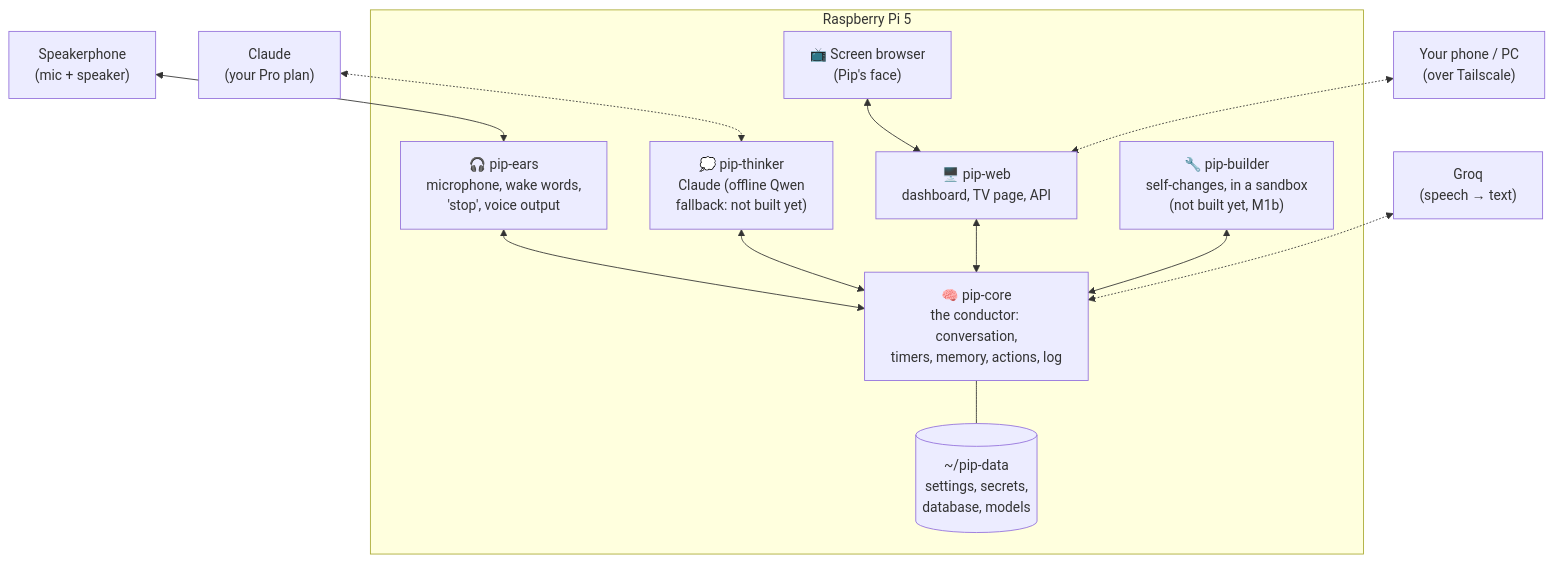
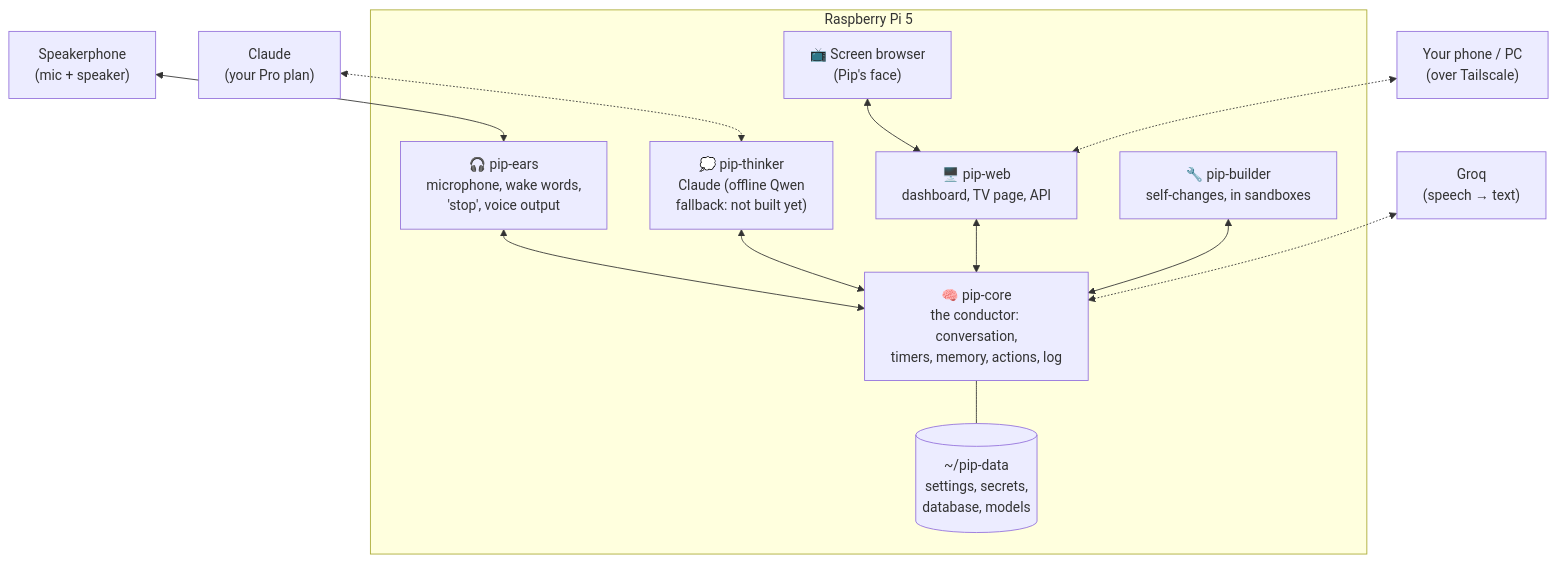
The first of 5 diagrams in docs/ARCHITECTURE.md (LandenHeine17/pip), drawn with Mermaid before and after one commit. The commit also changed other lines of this file and 43 other files, not shown here.

First line of the commit message:
M1b: safe self-changes (pip-builder), versioned installs with auto-rollback, usage meter (D-118)

````diff
--- a/docs/ARCHITECTURE.md
+++ b/docs/ARCHITECTURE.md
@@ -24,22 +24,22 @@
 ```mermaid
 flowchart TB
     subgraph Pi["Raspberry Pi 5"]
         EARS["🎧 pip-ears<br/>microphone, wake words,<br/>'stop', voice output"]
         CORE["🧠 pip-core<br/>the conductor: conversation,<br/>timers, memory, actions, log"]
         THINK["💭 pip-thinker<br/>Claude (offline Qwen<br/>fallback: not built yet)"]
         WEB["🖥️ pip-web<br/>dashboard, TV page, API"]
-        BUILD["🔧 pip-builder<br/>self-changes, in a sandbox<br/>(not built yet, M1b)"]
+        BUILD["🔧 pip-builder<br/>self-changes, in sandboxes"]
         KIOSK["📺 Screen browser<br/>(Pip's face)"]
         DATA[("~/pip-data<br/>settings, secrets,<br/>database, models")]
     end
     MIC["Speakerphone<br/>(mic + speaker)"] <--> EARS
     EARS <--> CORE
     THINK <--> CORE
     WEB <--> CORE
     BUILD <--> CORE
     KIOSK <--> WEB
     CORE --- DATA
     GROQ["Groq<br/>(speech → text)"] <-.-> CORE
     CLAUDE["Claude<br/>(your Pro plan)"] <-.-> THINK
     PHONE["Your phone / PC<br/>(over Tailscale)"] <-.-> WEB
 ```
````
